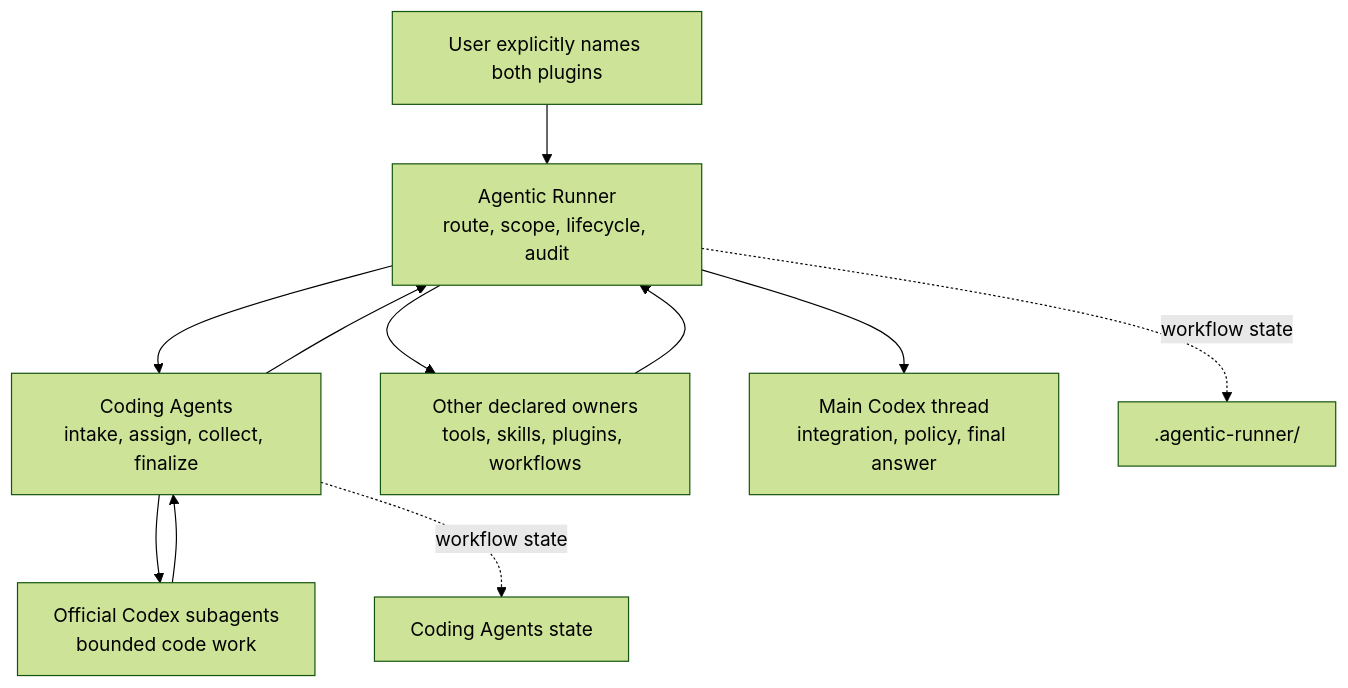
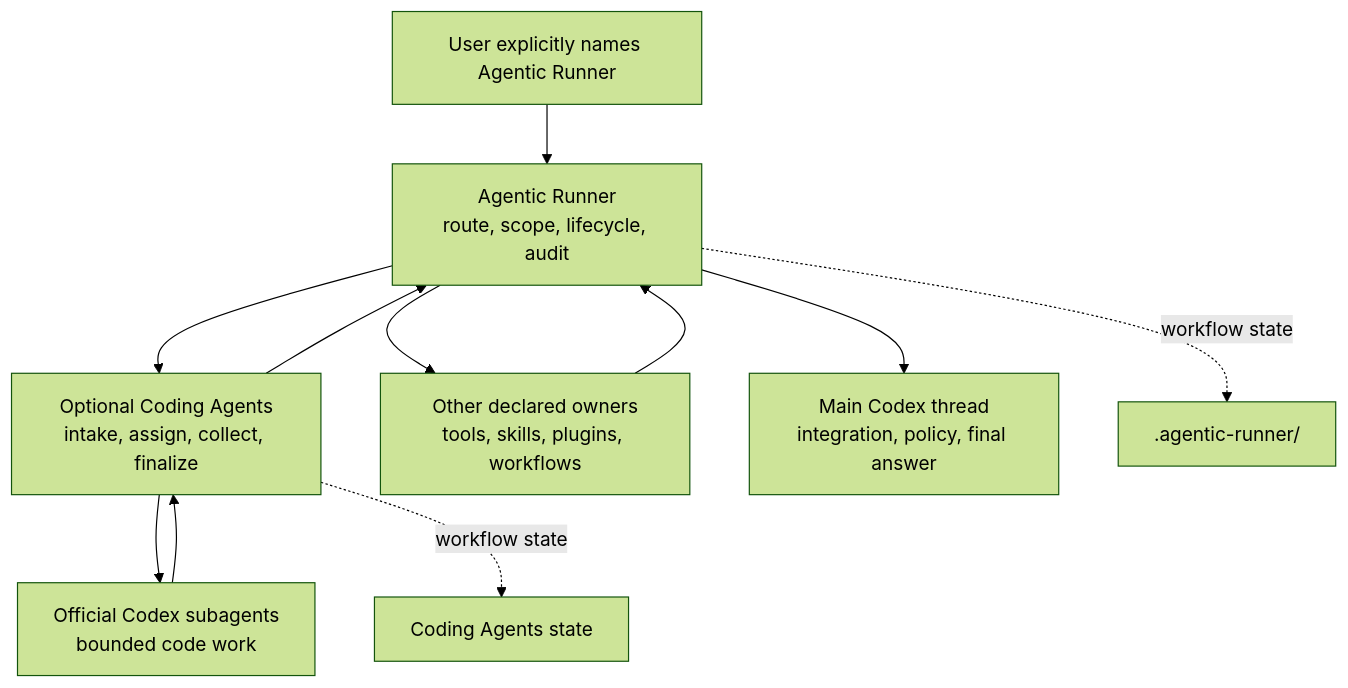
Before and after one commit to mlabo-org/agentic-runner: the diagram in README.md, drawn with Mermaid (forest theme). The commit also changed other lines of this file and 5 other files, not shown here.

````diff
--- a/README.md
+++ b/README.md
@@ -11,13 +21,13 @@
 ```mermaid
 flowchart TD
-    A["User explicitly names both plugins"] --> B["Agentic Runner<br/>route, scope, lifecycle, audit"]
-    B --> C["Coding Agents<br/>intake, assign, collect, finalize"]
+    A["User explicitly names Agentic Runner"] --> B["Agentic Runner<br/>route, scope, lifecycle, audit"]
+    B --> C["Optional Coding Agents<br/>intake, assign, collect, finalize"]
     B --> H["Other declared owners<br/>tools, skills, plugins, workflows"]
     C --> D["Official Codex subagents<br/>bounded code work"]
     D --> C
     C --> B
     H --> B
     B --> E["Main Codex thread<br/>integration, policy, final answer"]
     B -. "workflow state" .-> F[".agentic-runner/"]
     C -. "workflow state" .-> G["Coding Agents state"]
 ```
````
